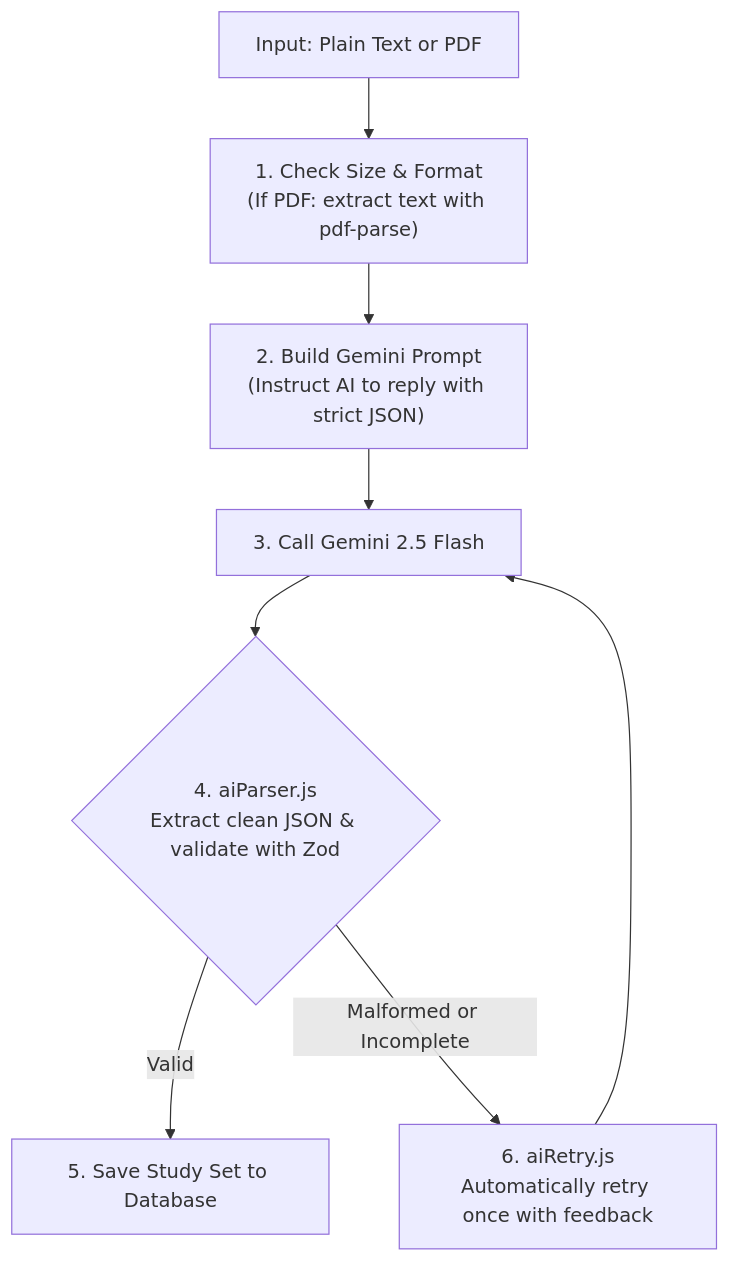
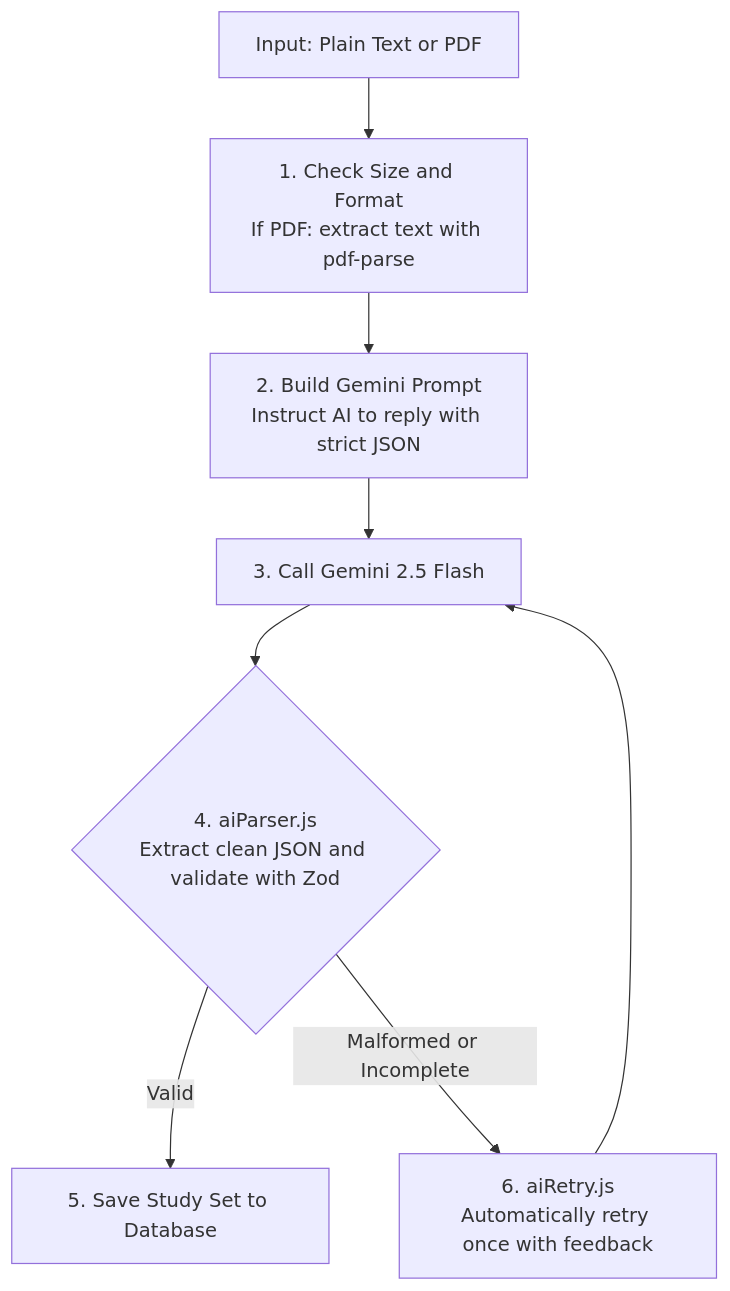
Before and after one commit to Binit08/study_planner: the diagram in docs/architecture/ai-pipeline.md, drawn with Mermaid. The commit also changed 4 other files, not shown here.

Commit message:
fix diagrams in readme

````diff
--- a/docs/architecture/ai-pipeline.md
+++ b/docs/architecture/ai-pipeline.md
@@ -11,11 +11,11 @@
 ```mermaid
 flowchart TD
-    RawInput["Input: Plain Text or PDF"] --> Preprocess["1. Check Size & Format<br/>(If PDF: extract text with pdf-parse)"]
-    Preprocess --> Prompt["2. Build Gemini Prompt<br/>(Instruct AI to reply with strict JSON)"]
+    RawInput["Input: Plain Text or PDF"] --> Preprocess["1. Check Size and Format<br>If PDF: extract text with pdf-parse"]
+    Preprocess --> Prompt["2. Build Gemini Prompt<br>Instruct AI to reply with strict JSON"]
     Prompt --> CallGemini["3. Call Gemini 2.5 Flash"]
-    CallGemini --> Parse{"4. aiParser.js<br/>Extract clean JSON & validate with Zod"}
+    CallGemini --> Parse{"4. aiParser.js<br>Extract clean JSON and validate with Zod"}
 
-    Parse -- "Valid" --> Save["5. Save Study Set to Database"]
-    Parse -- "Malformed or Incomplete" --> Retry["6. aiRetry.js<br/>Automatically retry once with feedback"]
+    Parse -->|Valid| Save["5. Save Study Set to Database"]
+    Parse -->|Malformed or Incomplete| Retry["6. aiRetry.js<br>Automatically retry once with feedback"]
     Retry --> CallGemini
 ```
````
